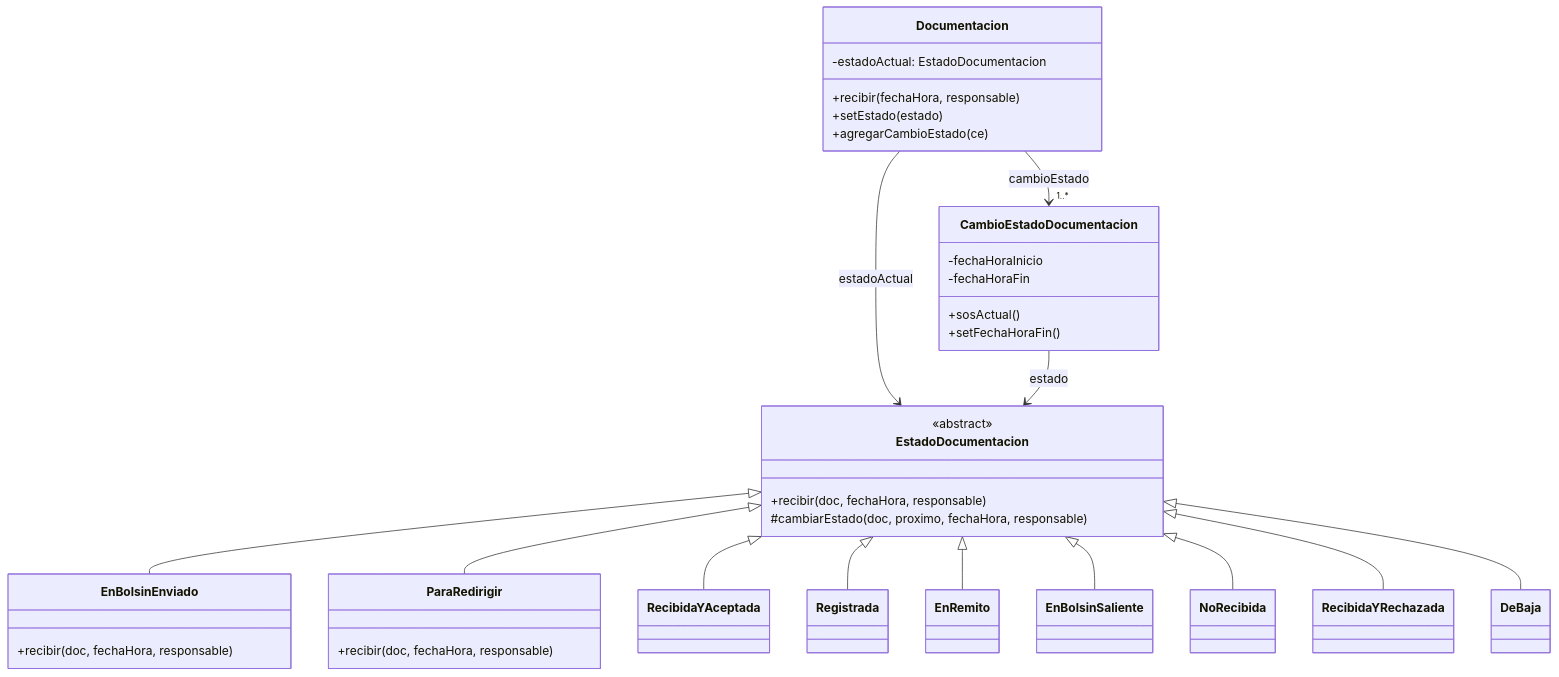
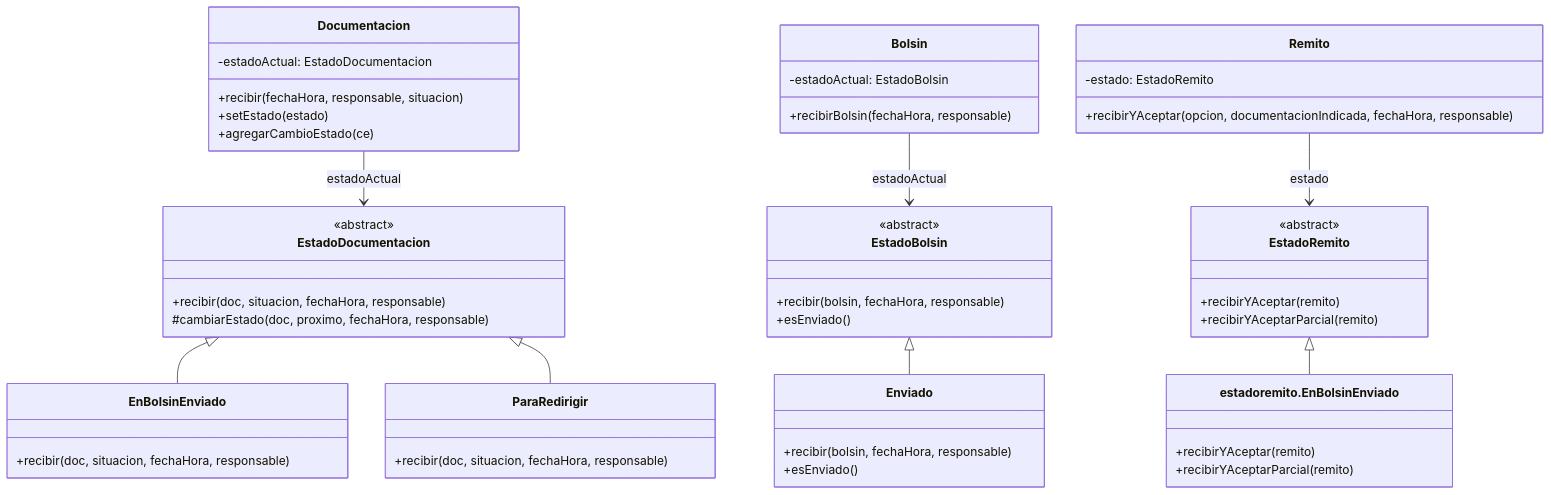
One commit to StefaNovaliere/DSI-PPAI changed the diagram in README.md. Above: the diagram before and after it, drawn with Mermaid. The commit also changed other lines of this file and 70 other files, not shown here.

````diff
--- a/README.md
+++ b/README.md
@@ -153,38 +208,53 @@
 ```mermaid
 classDiagram
     class Documentacion {
         -estadoActual: EstadoDocumentacion
-        +recibir(fechaHora, responsable)
+        +recibir(fechaHora, responsable, situacion)
         +setEstado(estado)
         +agregarCambioEstado(ce)
     }
     class EstadoDocumentacion {
         <<abstract>>
-        +recibir(doc, fechaHora, responsable)
+        +recibir(doc, situacion, fechaHora, responsable)
         #cambiarEstado(doc, proximo, fechaHora, responsable)
     }
     class EnBolsinEnviado {
-        +recibir(doc, fechaHora, responsable)
+        +recibir(doc, situacion, fechaHora, responsable)
     }
     class ParaRedirigir {
-        +recibir(doc, fechaHora, responsable)
+        +recibir(doc, situacion, fechaHora, responsable)
     }
-    class CambioEstadoDocumentacion {
-        -fechaHoraInicio
-        -fechaHoraFin
-        +sosActual()
-        +setFechaHoraFin()
+    class Bolsin {
+        -estadoActual: EstadoBolsin
+        +recibirBolsin(fechaHora, responsable)
+    }
+    class EstadoBolsin {
+        <<abstract>>
+        +recibir(bolsin, fechaHora, responsable)
+        +esEnviado()
+    }
+    class Enviado {
+        +recibir(bolsin, fechaHora, responsable)
+        +esEnviado()
+    }
+    class Remito {
+        -estado: EstadoRemito
+        +recibirYAceptar(opcion, documentacionIndicada, fechaHora, responsable)
+    }
+    class EstadoRemito {
+        <<abstract>>
+        +recibirYAceptar(remito)
+        +recibirYAceptarParcial(remito)
+    }
+    class EnBolsinEnviadoRemito["estadoremito.EnBolsinEnviado"] {
+        +recibirYAceptar(remito)
+        +recibirYAceptarParcial(remito)
     }
     Documentacion --> EstadoDocumentacion : estadoActual
-    Documentacion --> "1..*" CambioEstadoDocumentacion : cambioEstado
-    CambioEstadoDocumentacion --> EstadoDocumentacion : estado
     EstadoDocumentacion <|-- EnBolsinEnviado
     EstadoDocumentacion <|-- ParaRedirigir
-    EstadoDocumentacion <|-- RecibidaYAceptada
-    EstadoDocumentacion <|-- Registrada
-    EstadoDocumentacion <|-- EnRemito
-    EstadoDocumentacion <|-- EnBolsinSaliente
-    EstadoDocumentacion <|-- NoRecibida
-    EstadoDocumentacion <|-- RecibidaYRechazada
-    EstadoDocumentacion <|-- DeBaja
+    Bolsin --> EstadoBolsin : estadoActual
+    EstadoBolsin <|-- Enviado
+    Remito --> EstadoRemito : estado
+    EstadoRemito <|-- EnBolsinEnviadoRemito
 ```
````
